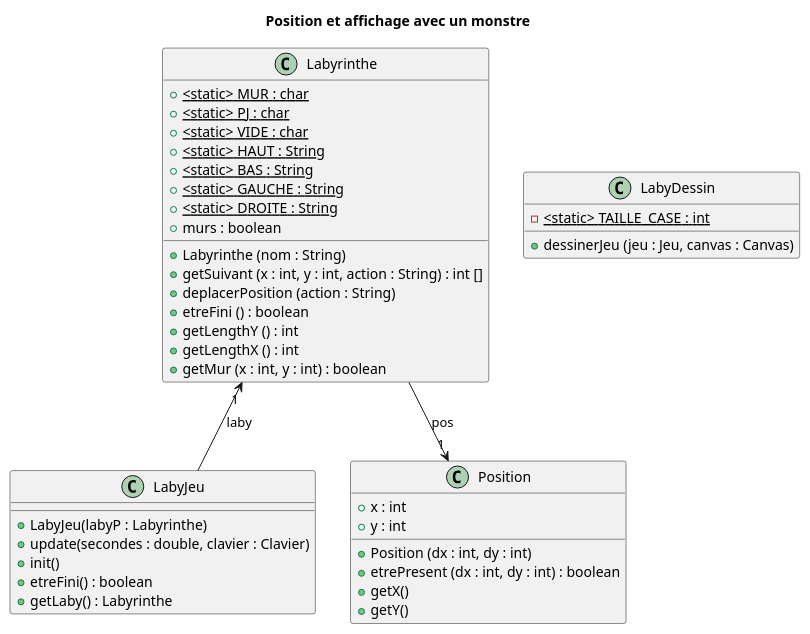
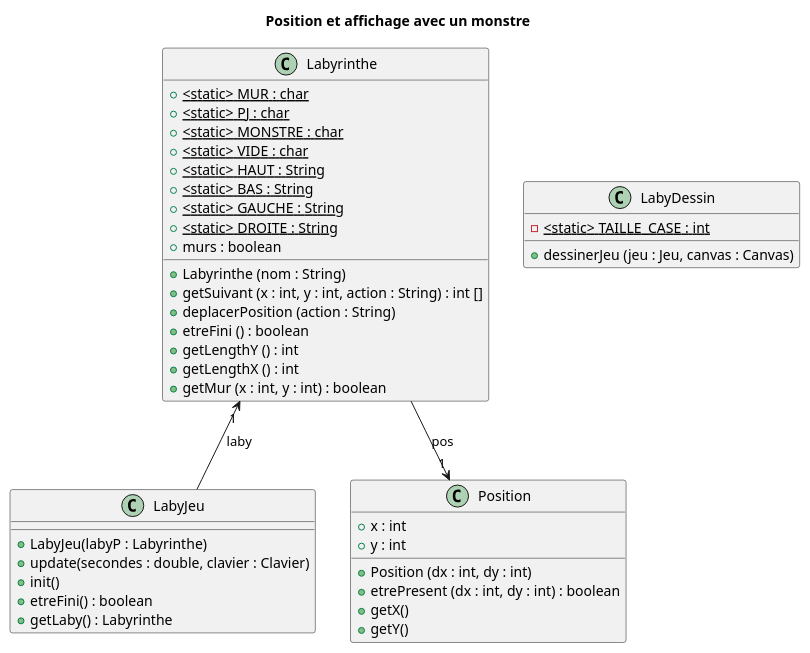
The diagram in racine_depot/documents/version_2/diagClass_posInitiale.puml (Hugo-COLLIN/BUT_INFO_S2_2022_Zeldiablo), drawn with PlantUML before and after one commit. The commit also changed 1 other file, not shown here.

```diff
--- a/racine_depot/documents/version_2/diagClass_posInitiale.puml
+++ b/racine_depot/documents/version_2/diagClass_posInitiale.puml
@@ -1,49 +1,50 @@
 @startuml
 title Position et affichage avec un monstre
 
 class Labyrinthe {
     + <static> MUR : char {static}
     + <static> PJ : char {static}
+    + <static> MONSTRE : char {static}
     + <static> VIDE : char {static}
     + <static> HAUT : String {static}
     + <static> BAS : String {static}
     + <static> GAUCHE : String {static}
     + <static> DROITE : String {static}
     + murs : boolean
 
     + Labyrinthe (nom : String)
     + getSuivant (x : int, y : int, action : String) : int []
     + deplacerPosition (action : String)
     + etreFini () : boolean
     + getLengthY () : int
     + getLengthX () : int
     + getMur (x : int, y : int) : boolean
 }
 
 class LabyJeu {
     + LabyJeu(labyP : Labyrinthe)
     + update(secondes : double, clavier : Clavier)
     + init()
     + etreFini() : boolean
     + getLaby() : Labyrinthe
 }
 
 class LabyDessin {
     - <static> TAILLE_CASE : int {static}
     + dessinerJeu (jeu : Jeu, canvas : Canvas)
 }
 
 class Position {
     + x : int
     + y : int
 
     + Position (dx : int, dy : int)
     + etrePresent (dx : int, dy : int) : boolean
     + getX()
     + getY()
 }
 
 Labyrinthe --> Position : pos "1"
 Labyrinthe "1" <-- LabyJeu : laby
 
 @enduml
```
